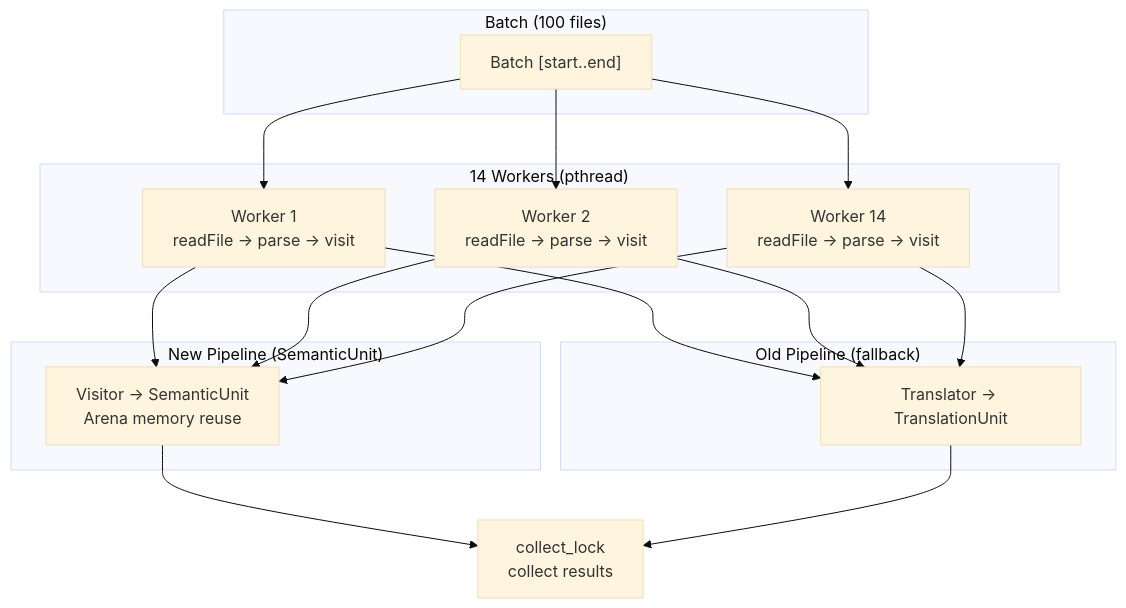
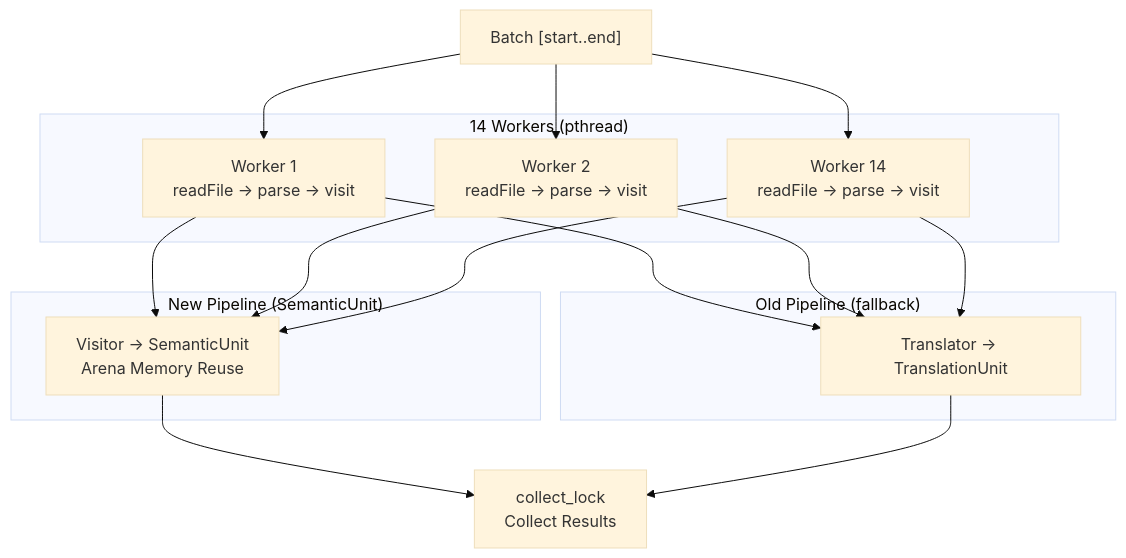
The fourth of 8 diagrams in docs/en/architecture.md (Timwood0x10/CodeScope), drawn with Mermaid (base theme) before and after one commit. The commit also changed other lines of this file and 25 other files, not shown here.

````diff
--- a/docs/en/architecture.md
+++ b/docs/en/architecture.md
@@ -92,23 +100,34 @@
 ```mermaid
 flowchart TB
-    subgraph "Batch (100 files)"
-        A["Batch [start..end]"]
-    end
-    subgraph "14 Workers (pthread)"
-        B1["Worker 1<br/>readFile → parse → visit"]
-        B2["Worker 2<br/>readFile → parse → visit"]
-        B3["Worker 14<br/>readFile → parse → visit"]
-    end
-    subgraph "New Pipeline (SemanticUnit)"
-        C["Visitor → SemanticUnit<br/>Arena memory reuse"]
-    end
-    subgraph "Old Pipeline (fallback)"
-        D["Translator → TranslationUnit"]
+    BatchStart["Batch [start..end]"]
+
+    subgraph Workers["14 Workers (pthread)"]
+        W1["Worker 1<br/>readFile → parse → visit"]
+        W2["Worker 2<br/>readFile → parse → visit"]
+        W14["Worker 14<br/>readFile → parse → visit"]
     end
 
-    A --> B1 & B2 & B3
-    B1 --> C & D
-    B2 --> C & D
-    B3 --> C & D
-    C & D --> E["collect_lock<br/>collect results"]
+    subgraph NewPipeline["New Pipeline (SemanticUnit)"]
+        New["Visitor → SemanticUnit<br/>Arena Memory Reuse"]
+    end
+
+    subgraph OldPipeline["Old Pipeline (fallback)"]
+        Old["Translator → TranslationUnit"]
+    end
+
+    Collect["collect_lock<br/>Collect Results"]
+
+    BatchStart --> W1
+    BatchStart --> W2
+    BatchStart --> W14
+
+    W1 --> New
+    W1 --> Old
+    W2 --> New
+    W2 --> Old
+    W14 --> New
+    W14 --> Old
+
+    New --> Collect
+    Old --> Collect
 ```
````
